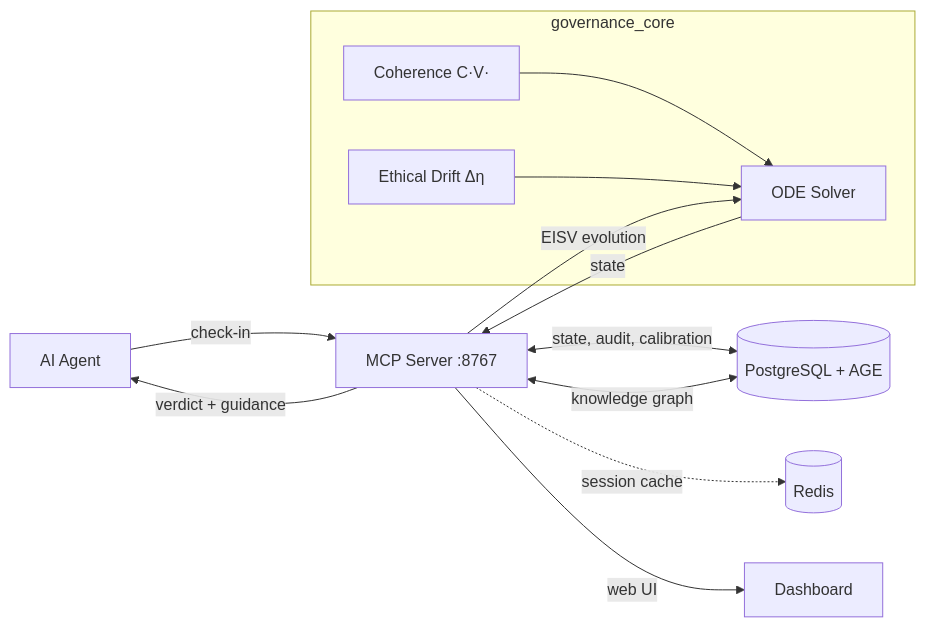
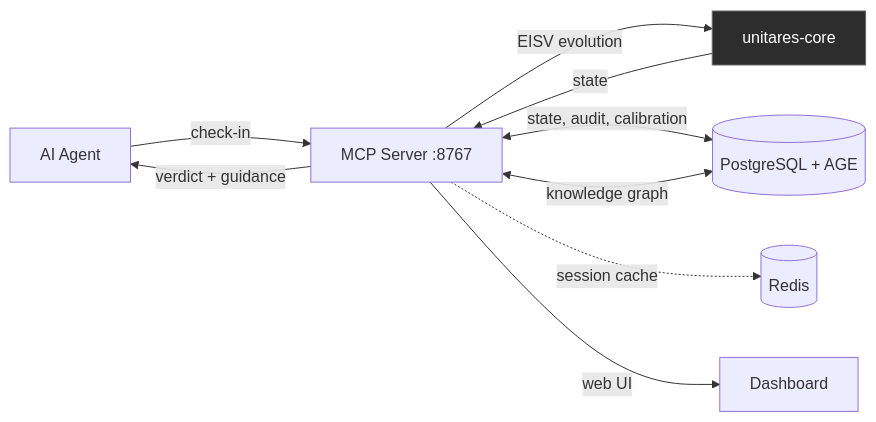
The diagram in README.md (CIRWEL/unitares), drawn with Mermaid before and after one commit. The commit also changed other lines of this file and 4 other files, not shown here.

````diff
--- a/README.md
+++ b/README.md
@@ -166,19 +168,13 @@
 ```mermaid
 graph LR
     A[AI Agent] -->|check-in| M[MCP Server :8767]
-    M -->|EISV evolution| ODE[ODE Solver]
-    ODE -->|state| M
+    M -->|EISV evolution| UC[unitares-core]
+    UC -->|state| M
     M -->|verdict + guidance| A
     M <-->|state, audit, calibration| PG[(PostgreSQL + AGE)]
     M <-->|knowledge graph| PG
     M -.->|session cache| R[(Redis)]
     M -->|web UI| D[Dashboard]
 
-    subgraph governance_core
-        ODE
-        C[Coherence C·V·]
-        DR[Ethical Drift Δη]
-        C --> ODE
-        DR --> ODE
-    end
+    style UC fill:#2d2d2d,stroke:#666,color:#fff
 ```
````
